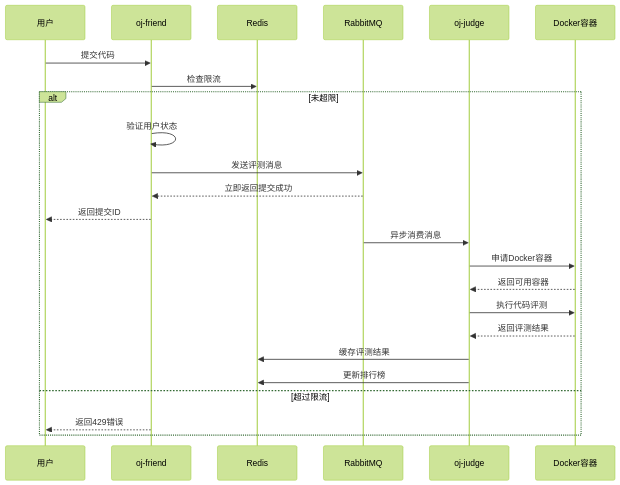
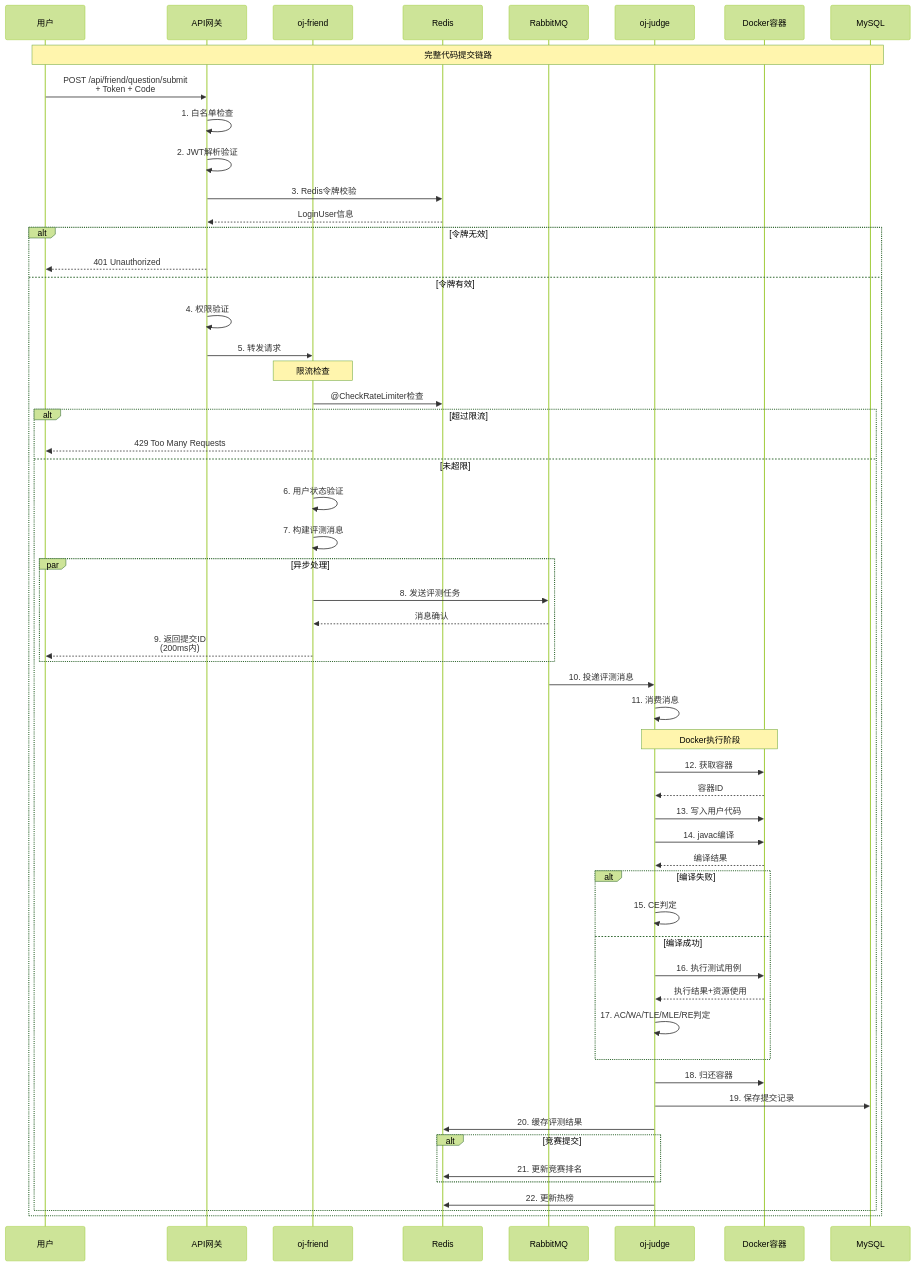
The fourth of 14 diagrams in README.md (1067367579/coding-arena), drawn with Mermaid (forest theme) before and after one commit. The commit also changed other lines of this file and 1 other file, not shown here.

````diff
--- a/README.md
+++ b/README.md
@@ -311,28 +243,65 @@
 ```mermaid
 sequenceDiagram
     participant U as 用户
+    participant G as API网关
     participant F as oj-friend
     participant R as Redis
-    participant Q as RabbitMQ
+    participant MQ as RabbitMQ
     participant J as oj-judge
     participant D as Docker容器
+    participant DB as MySQL
 
-    U->>F: 提交代码
-    F->>R: 检查限流
-    alt 未超限
-        F->>F: 验证用户状态
-        F->>Q: 发送评测消息
-        Q-->>F: 立即返回提交成功
-        F-->>U: 返回提交ID
-        
-        Q->>J: 异步消费消息
-        J->>D: 申请Docker容器
-        D-->>J: 返回可用容器
-        J->>D: 执行代码评测
-        D-->>J: 返回评测结果
-        J->>R: 缓存评测结果
-        J->>R: 更新排行榜
-    else 超过限流
-        F-->>U: 返回429错误
+    Note over U,DB: 完整代码提交链路
+
+    U->>G: POST /api/friend/question/submit<br/>+ Token + Code
+    G->>G: 1. 白名单检查
+    G->>G: 2. JWT解析验证
+    G->>R: 3. Redis令牌校验
+    R-->>G: LoginUser信息
+    alt 令牌无效
+        G-->>U: 401 Unauthorized
+    else 令牌有效
+        G->>G: 4. 权限验证
+        G->>F: 5. 转发请求
+
+        Note over F: 限流检查
+        F->>R: @CheckRateLimiter检查
+        alt 超过限流
+            F-->>U: 429 Too Many Requests
+        else 未超限
+            F->>F: 6. 用户状态验证
+            F->>F: 7. 构建评测消息
+
+            par 异步处理
+                F->>MQ: 8. 发送评测任务
+                MQ-->>F: 消息确认
+                F-->>U: 9. 返回提交ID<br/>(200ms内)
+            end
+
+            MQ->>J: 10. 投递评测消息
+            J->>J: 11. 消费消息
+
+            Note over J,D: Docker执行阶段
+            J->>D: 12. 获取容器
+            D-->>J: 容器ID
+            J->>D: 13. 写入用户代码
+            J->>D: 14. javac编译
+            D-->>J: 编译结果
+            alt 编译失败
+                J->>J: 15. CE判定
+            else 编译成功
+                J->>D: 16. 执行测试用例
+                D-->>J: 执行结果+资源使用
+                J->>J: 17. AC/WA/TLE/MLE/RE判定
+            end
+            J->>D: 18. 归还容器
+
+            J->>DB: 19. 保存提交记录
+            J->>R: 20. 缓存评测结果
+            alt 竞赛提交
+                J->>R: 21. 更新竞赛排名
+            end
+            J->>R: 22. 更新热榜
+        end
     end
 ```
````
